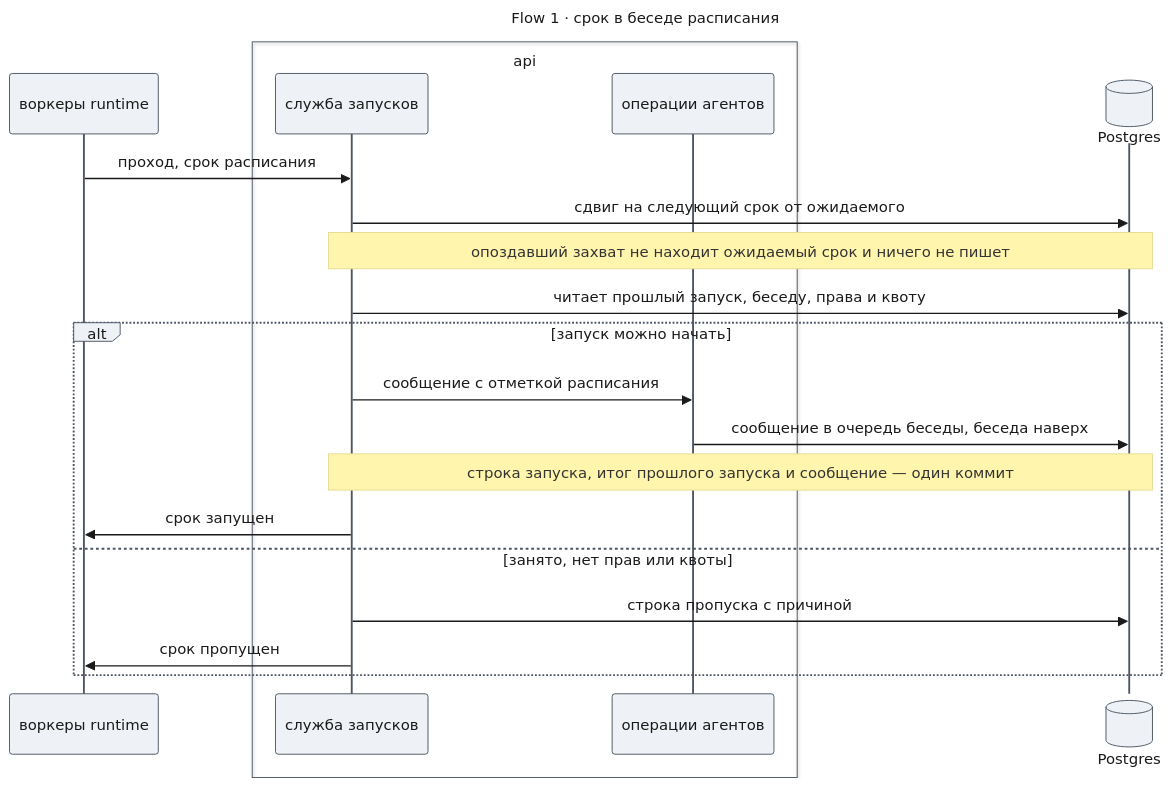
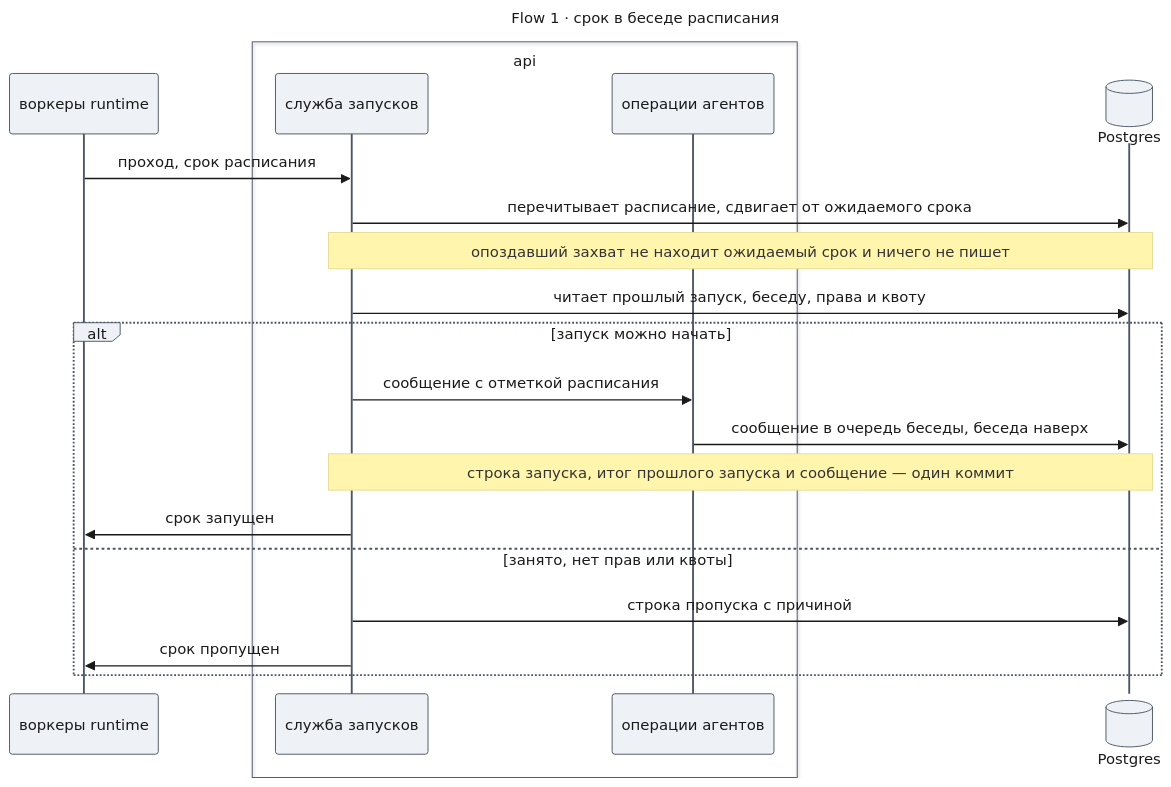
One commit to tundraray/agent-os changed the fifth of 8 diagrams in docs/features/schedules-search-memory/design-schedules.md. Above: the diagram before and after it, drawn with Mermaid. The commit also changed other lines of this file and 6 other files, not shown here.

````diff
--- a/docs/features/schedules-search-memory/design-schedules.md
+++ b/docs/features/schedules-search-memory/design-schedules.md
@@ -427,44 +427,44 @@
 ```mermaid
 ---
 title: "Flow 1 · срок в беседе расписания"
 config:
   theme: base
   look: classic
   themeVariables:
     primaryColor: "#eef1f5"
     primaryBorderColor: "#4b5563"
     primaryTextColor: "#1a1a1a"
     lineColor: "#6b7280"
   themeCSS: |
     @keyframes lit_fs1{0%,11.25%{stroke:#991b1b;stroke-width:6px}12.5%,100%{stroke:#37474f;stroke-width:2px}}
     @keyframes litr_fs1{0%,11.25%{stroke:#1d4ed8;stroke-width:6px}12.5%,100%{stroke:#37474f;stroke-width:2px}}
     .messageLine0[data-id='i0'],.messageLine1[data-id='i0']{animation:litr_fs1 9.6s linear 0s infinite}
     .messageLine0[data-id='i1'],.messageLine1[data-id='i1']{animation:lit_fs1 9.6s linear 1.2s infinite}
     .messageLine0[data-id='i3'],.messageLine1[data-id='i3']{animation:litr_fs1 9.6s linear 2.4s infinite}
     .messageLine0[data-id='i5'],.messageLine1[data-id='i5']{animation:lit_fs1 9.6s linear 3.6s infinite}
     .messageLine0[data-id='i6'],.messageLine1[data-id='i6']{animation:lit_fs1 9.6s linear 4.8s infinite}
     .messageLine0[data-id='i8'],.messageLine1[data-id='i8']{animation:litr_fs1 9.6s linear 6s infinite}
     .messageLine0[data-id='i10'],.messageLine1[data-id='i10']{animation:lit_fs1 9.6s linear 7.2s infinite}
     .messageLine0[data-id='i11'],.messageLine1[data-id='i11']{animation:litr_fs1 9.6s linear 8.4s infinite}
 ---
 sequenceDiagram
     participant R as воркеры runtime
     box api
         participant T as служба запусков
         participant C as операции агентов
     end
     participant DB@{ "type": "database" } as Postgres
     R->>T: проход, срок расписания
-    T->>DB: сдвиг на следующий срок от ожидаемого
+    T->>DB: перечитывает расписание, сдвигает от ожидаемого срока
     Note over T,DB: опоздавший захват не находит ожидаемый срок и ничего не пишет
     T->>DB: читает прошлый запуск, беседу, права и квоту
     alt запуск можно начать
         T->>C: сообщение с отметкой расписания
         C->>DB: сообщение в очередь беседы, беседа наверх
         Note over T,DB: строка запуска, итог прошлого запуска и сообщение — один коммит
         T->>R: срок запущен
     else занято, нет прав или квоты
         T->>DB: строка пропуска с причиной
         T->>R: срок пропущен
     end
 ```
````
